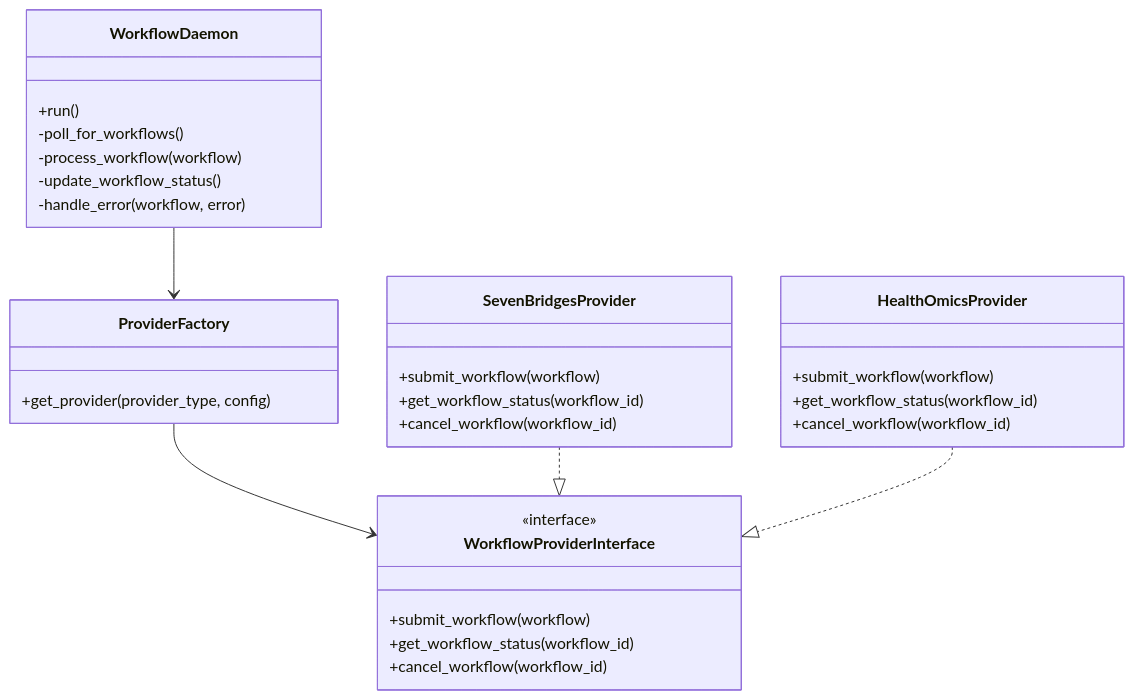
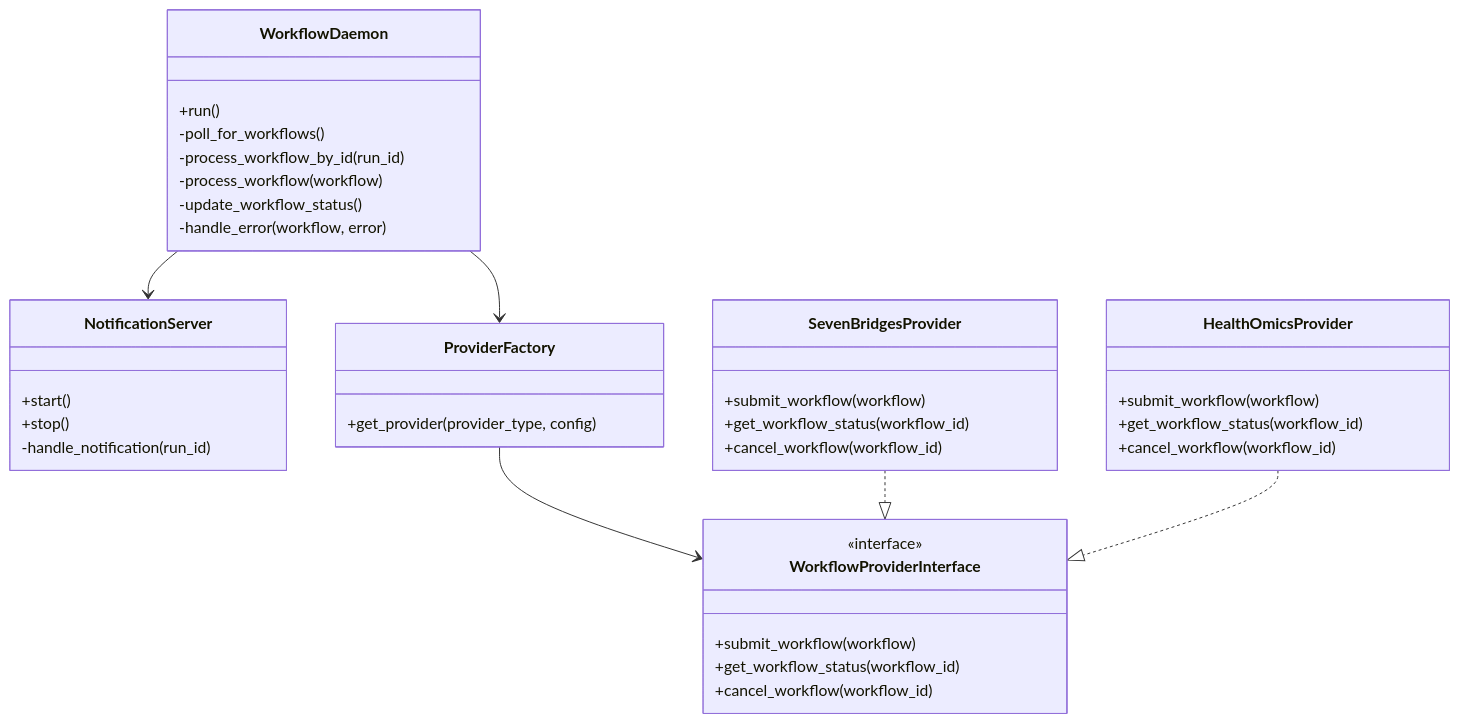
Before and after one commit to NGS360/GA4GH-WES-API-Service: the second of 2 diagrams in workflow_daemon_implementation_plan.md, drawn with Mermaid. The commit also changed other lines of this file and 8 other files, not shown here.

````diff
--- a/workflow_daemon_implementation_plan.md
+++ b/workflow_daemon_implementation_plan.md
@@ -29,38 +32,46 @@
 ```mermaid
 classDiagram
     class WorkflowDaemon {
         +run()
         -poll_for_workflows()
+        -process_workflow_by_id(run_id)
         -process_workflow(workflow)
         -update_workflow_status()
         -handle_error(workflow, error)
+    }
+    
+    class NotificationServer {
+        +start()
+        +stop()
+        -handle_notification(run_id)
     }
     
     class ProviderFactory {
         +get_provider(provider_type, config)
     }
     
     class WorkflowProviderInterface {
         <<interface>>
         +submit_workflow(workflow)
         +get_workflow_status(workflow_id)
         +cancel_workflow(workflow_id)
     }
     
     class SevenBridgesProvider {
         +submit_workflow(workflow)
         +get_workflow_status(workflow_id)
         +cancel_workflow(workflow_id)
     }
     
     class HealthOmicsProvider {
         +submit_workflow(workflow)
         +get_workflow_status(workflow_id)
         +cancel_workflow(workflow_id)
     }
     
+    WorkflowDaemon --> NotificationServer
     WorkflowDaemon --> ProviderFactory
     ProviderFactory --> WorkflowProviderInterface
     SevenBridgesProvider ..|> WorkflowProviderInterface
     HealthOmicsProvider ..|> WorkflowProviderInterface
 ```
````
